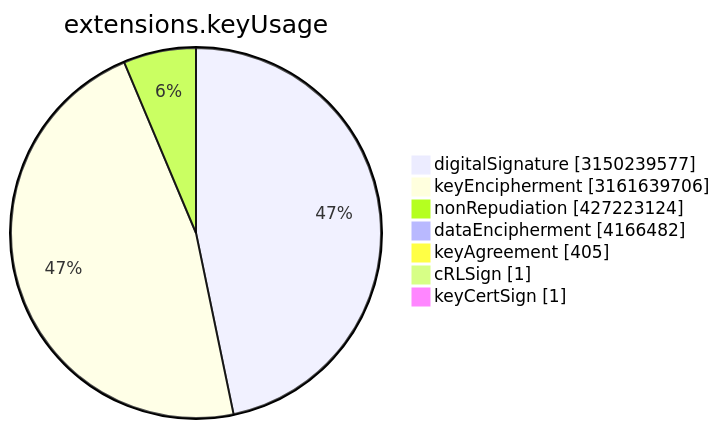
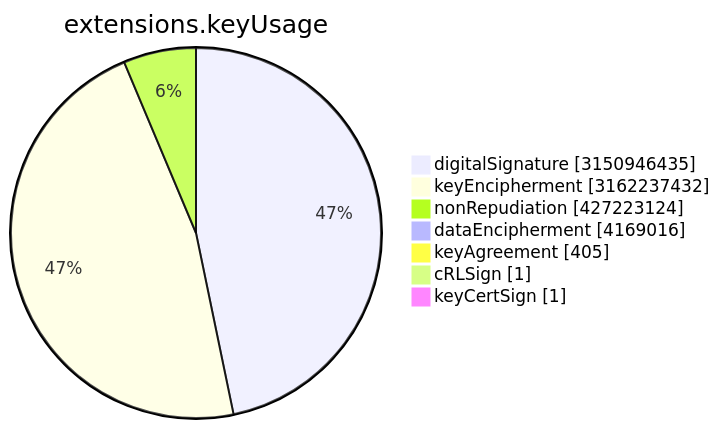
One commit to christiankrug/ctmonitor_visualization changed the sixth of 15 diagrams in TOTAL/README.md. Above: the diagram before and after it, drawn with Mermaid. The commit also changed other lines of this file, not shown here.

````diff
--- a/TOTAL/README.md
+++ b/TOTAL/README.md
@@ -3077,11 +3077,11 @@
 ```mermaid
 pie showData
 title extensions.keyUsage
-"digitalSignature" :3150239577
-"keyEncipherment" :3161639706
+"digitalSignature" :3150946435
+"keyEncipherment" :3162237432
 "nonRepudiation" :427223124
-"dataEncipherment" :4166482
+"dataEncipherment" :4169016
 "keyAgreement" :405
 "cRLSign" :1
 "keyCertSign" :1
 ```
````
